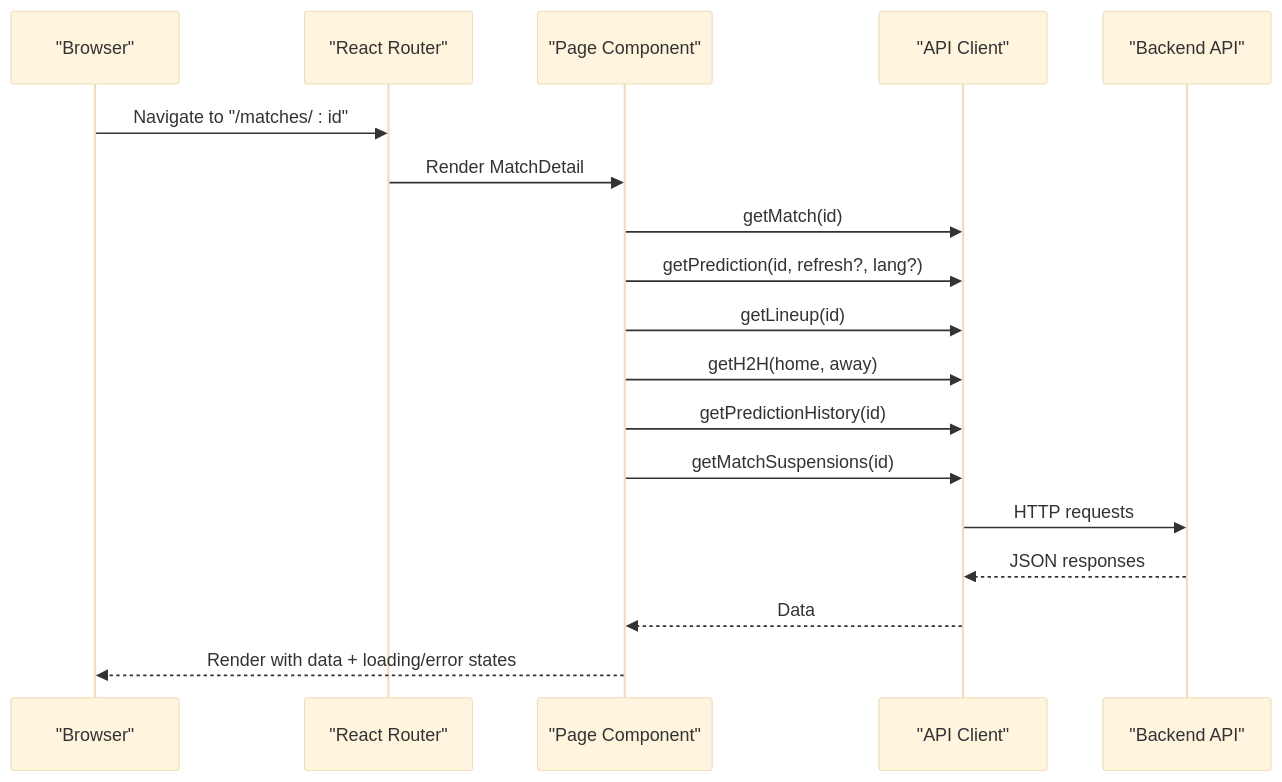
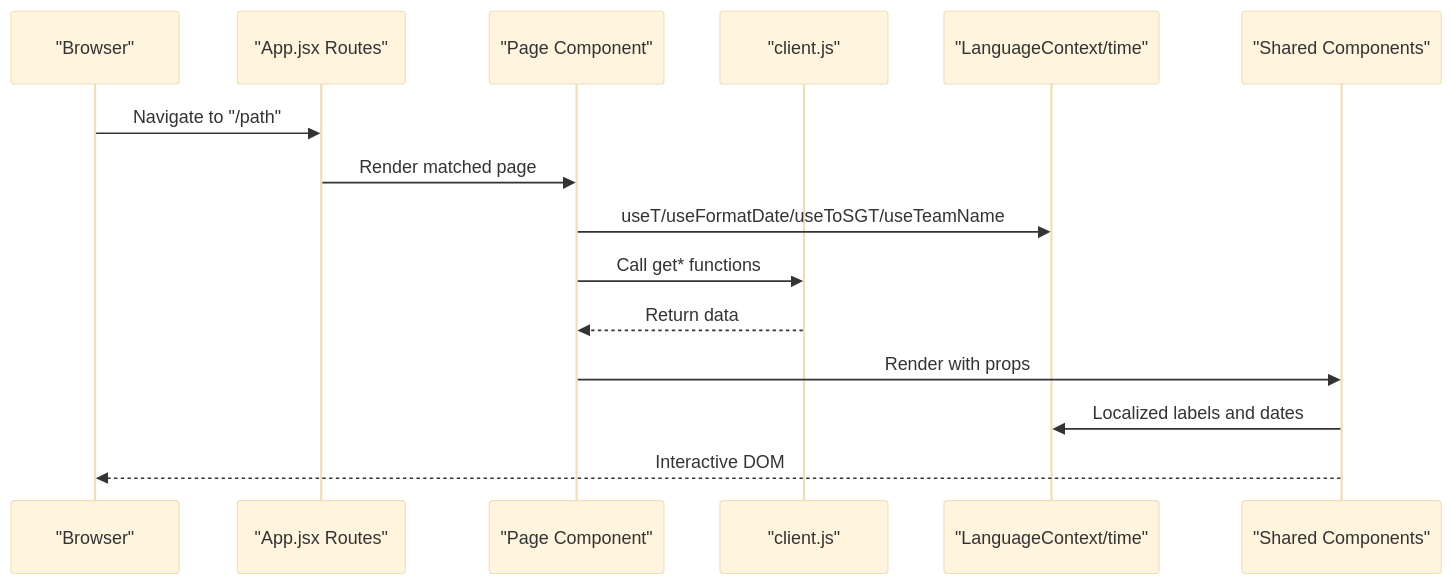
One commit to cheesiong/WC26-qwen changed the second of 10 diagrams in .qoder/repowiki/en/content/Frontend Application/Page Components.md. Above: the diagram before and after it, drawn with Mermaid (base theme). The commit also changed other lines of this file and 181 other files, not shown here.

````diff
--- a/.qoder/repowiki/en/content/Frontend Application/Page Components.md
+++ b/.qoder/repowiki/en/content/Frontend Application/Page Components.md
@@ -92,20 +148,17 @@
 ```mermaid
 sequenceDiagram
 participant Browser as "Browser"
-participant Router as "React Router"
+participant Router as "App.jsx Routes"
 participant Page as "Page Component"
-participant API as "API Client"
-participant Backend as "Backend API"
-Browser->>Router : Navigate to "/matches/ : id"
-Router->>Page : Render MatchDetail
-Page->>API : getMatch(id)
-Page->>API : getPrediction(id, refresh?, lang?)
-Page->>API : getLineup(id)
-Page->>API : getH2H(home, away)
-Page->>API : getPredictionHistory(id)
-Page->>API : getMatchSuspensions(id)
-API->>Backend : HTTP requests
-Backend-->>API : JSON responses
-API-->>Page : Data
-Page-->>Browser : Render with data + loading/error states
+participant API as "client.js"
+participant Utils as "LanguageContext/time"
+participant UI as "Shared Components"
+Browser->>Router : Navigate to "/path"
+Router->>Page : Render matched page
+Page->>Utils : useT/useFormatDate/useToSGT/useTeamName
+Page->>API : Call get* functions
+API-->>Page : Return data
+Page->>UI : Render with props
+UI->>Utils : Localized labels and dates
+UI-->>Browser : Interactive DOM
 ```
````
